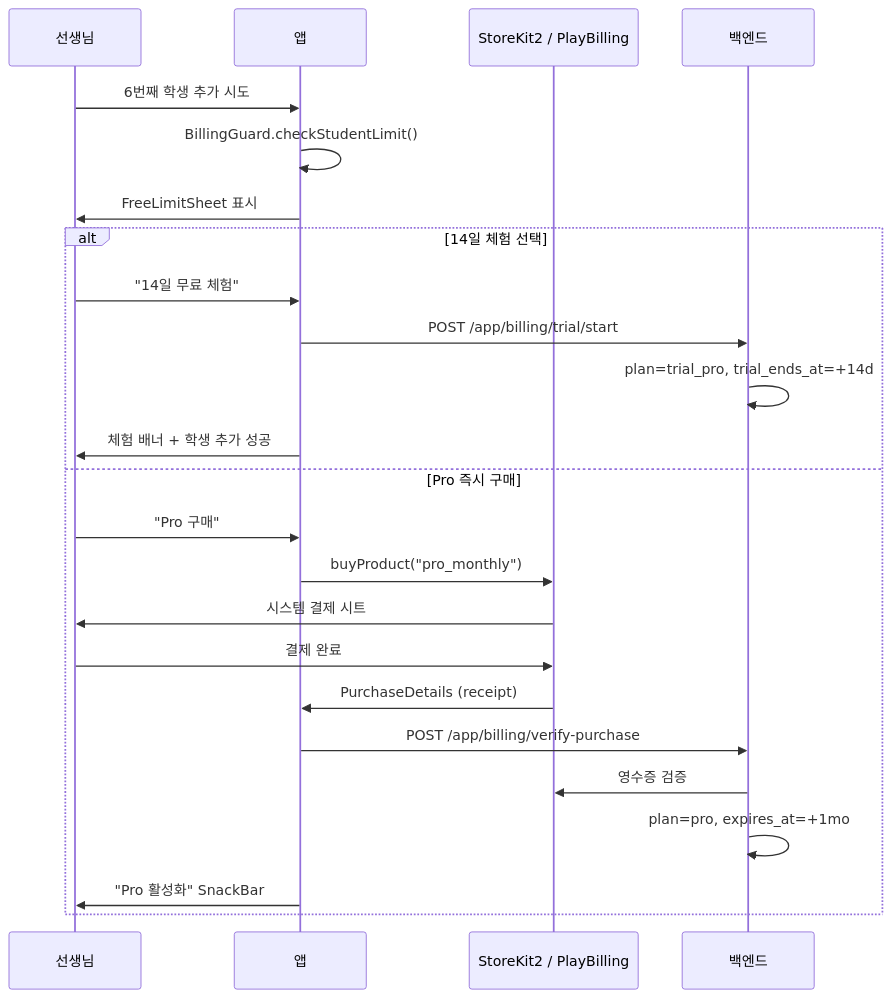
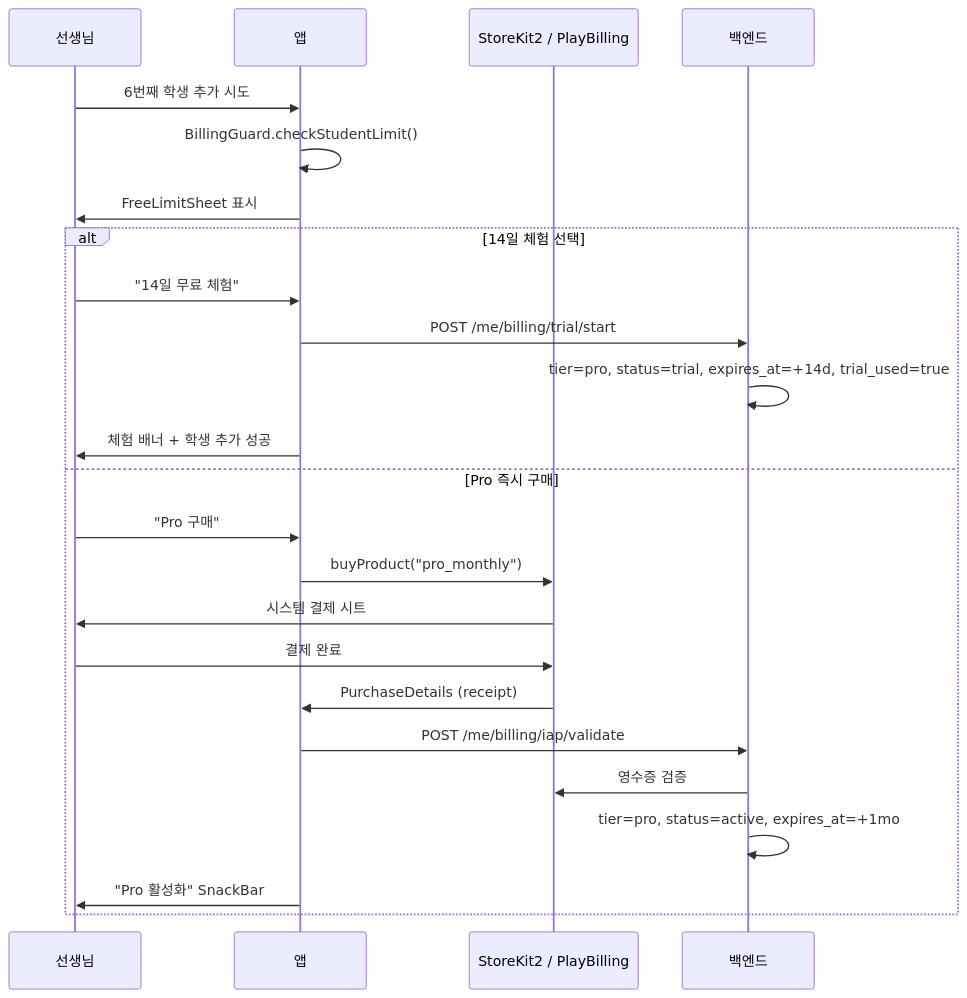
Before and after one commit to chulgil/lesson-app: the second of 2 diagrams in docs/specs/subscription/paywall_spec.md, drawn with Mermaid. The commit also changed other lines of this file and 1 other file, not shown here.

First line of the commit message:
docs(billing): #415 Phase C — paywall_spec backend SSOT 정렬

````diff
--- a/docs/specs/subscription/paywall_spec.md
+++ b/docs/specs/subscription/paywall_spec.md
@@ -96,28 +113,28 @@
 ```mermaid
 sequenceDiagram
     participant T as 선생님
     participant App as 앱
     participant IAP as StoreKit2 / PlayBilling
     participant API as 백엔드
 
     T->>App: 6번째 학생 추가 시도
     App->>App: BillingGuard.checkStudentLimit()
     App->>T: FreeLimitSheet 표시
 
     alt 14일 체험 선택
         T->>App: "14일 무료 체험"
-        App->>API: POST /app/billing/trial/start
-        API->>API: plan=trial_pro, trial_ends_at=+14d
+        App->>API: POST /me/billing/trial/start
+        API->>API: tier=pro, status=trial, expires_at=+14d, trial_used=true
         App->>T: 체험 배너 + 학생 추가 성공
     else Pro 즉시 구매
         T->>App: "Pro 구매"
         App->>IAP: buyProduct("pro_monthly")
         IAP->>T: 시스템 결제 시트
         T->>IAP: 결제 완료
         IAP->>App: PurchaseDetails (receipt)
-        App->>API: POST /app/billing/verify-purchase
+        App->>API: POST /me/billing/iap/validate
         API->>IAP: 영수증 검증
-        API->>API: plan=pro, expires_at=+1mo
+        API->>API: tier=pro, status=active, expires_at=+1mo
         App->>T: "Pro 활성화" SnackBar
     end
 ```
````
